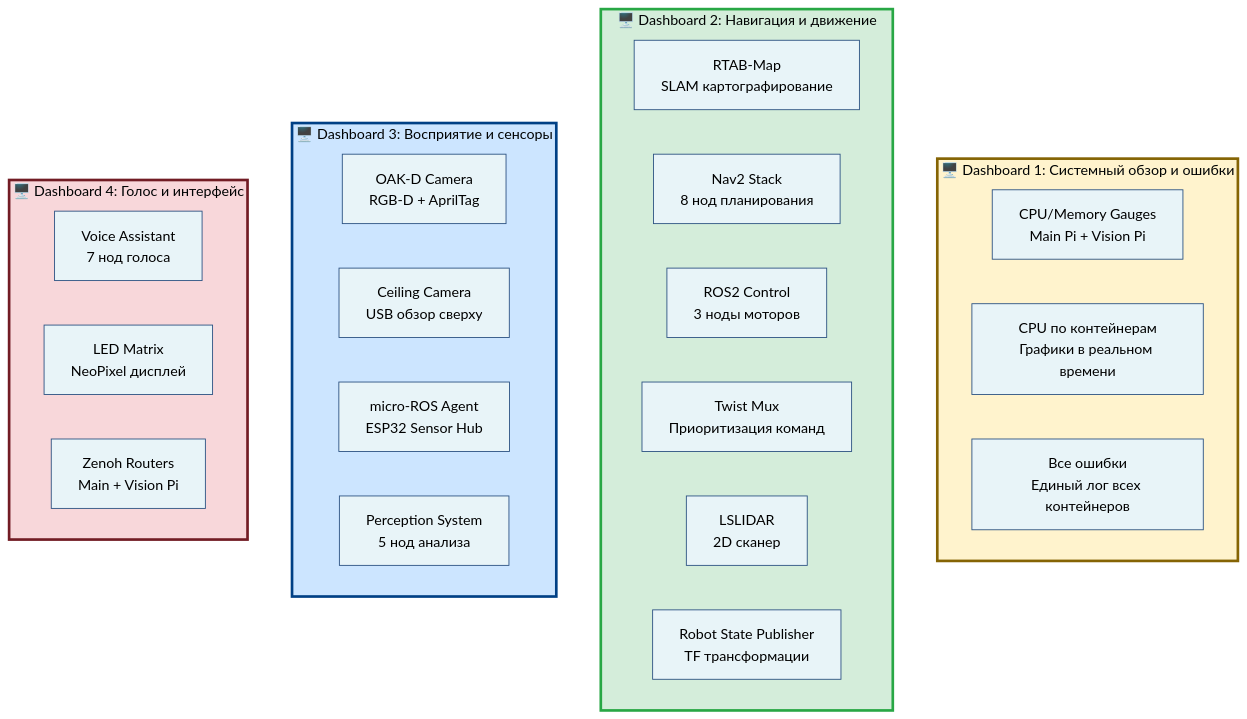
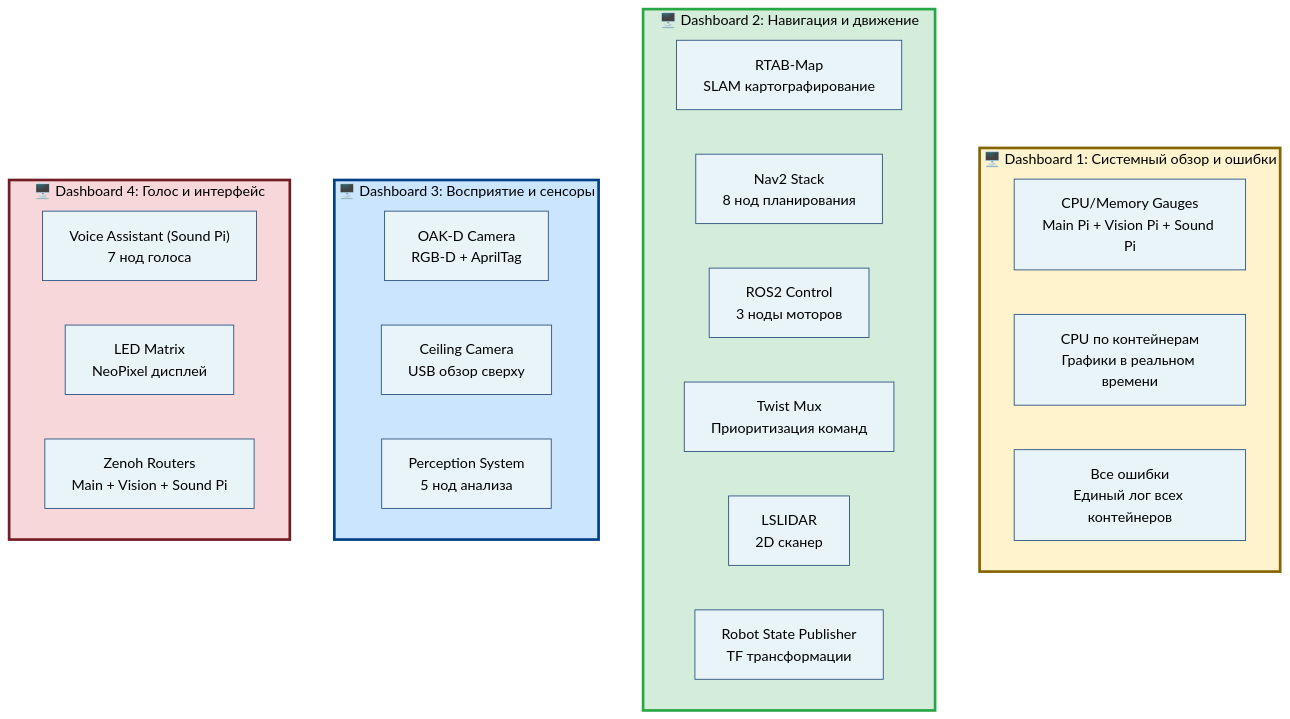
One commit to krikz/rob_box_project changed the first of 2 diagrams in docker/monitoring/NODE_MAPPING.md. Above: the diagram before and after it, drawn with Mermaid. The commit also changed other lines of this file and 14 other files, not shown here.

````diff
--- a/docker/monitoring/NODE_MAPPING.md
+++ b/docker/monitoring/NODE_MAPPING.md
@@ -7,36 +7,35 @@
 ```mermaid
 %%{init: {'theme':'base', 'themeVariables': { 'primaryColor':'#e8f4f8','primaryTextColor':'#000','primaryBorderColor':'#2c5282'}}}%%
 graph TB
     subgraph Dashboard1["🖥️ Dashboard 1: Системный обзор и ошибки"]
-        D1_CPU["CPU/Memory Gauges<br/>Main Pi + Vision Pi"]
+        D1_CPU["CPU/Memory Gauges<br/>Main Pi + Vision Pi + Sound Pi"]
         D1_GRAPHS["CPU по контейнерам<br/>Графики в реальном времени"]
         D1_ERRORS["Все ошибки<br/>Единый лог всех контейнеров"]
     end
     
     subgraph Dashboard2["🖥️ Dashboard 2: Навигация и движение"]
         D2_RTABMAP["RTAB-Map<br/>SLAM картографирование"]
         D2_NAV2["Nav2 Stack<br/>8 нод планирования"]
         D2_CONTROL["ROS2 Control<br/>3 ноды моторов"]
         D2_TWIST["Twist Mux<br/>Приоритизация команд"]
         D2_LIDAR["LSLIDAR<br/>2D сканер"]
         D2_TF["Robot State Publisher<br/>TF трансформации"]
     end
     
     subgraph Dashboard3["🖥️ Dashboard 3: Восприятие и сенсоры"]
         D3_OAKD["OAK-D Camera<br/>RGB-D + AprilTag"]
         D3_CEILING["Ceiling Camera<br/>USB обзор сверху"]
-        D3_MICROROS["micro-ROS Agent<br/>ESP32 Sensor Hub"]
         D3_PERCEPTION["Perception System<br/>5 нод анализа"]
     end
     
     subgraph Dashboard4["🖥️ Dashboard 4: Голос и интерфейс"]
-        D4_VOICE["Voice Assistant<br/>7 нод голоса"]
+        D4_VOICE["Voice Assistant (Sound Pi)<br/>7 нод голоса"]
         D4_LED["LED Matrix<br/>NeoPixel дисплей"]
-        D4_ZENOH["Zenoh Routers<br/>Main + Vision Pi"]
+        D4_ZENOH["Zenoh Routers<br/>Main + Vision + Sound Pi"]
     end
     
     style Dashboard1 fill:#fff3cd,stroke:#856404,stroke-width:3px
     style Dashboard2 fill:#d4edda,stroke:#28a745,stroke-width:3px
     style Dashboard3 fill:#cce5ff,stroke:#004085,stroke-width:3px
     style Dashboard4 fill:#f8d7da,stroke:#721c24,stroke-width:3px
 ```
````
